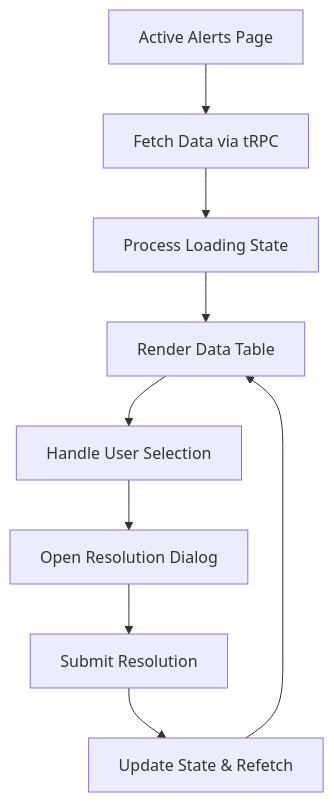
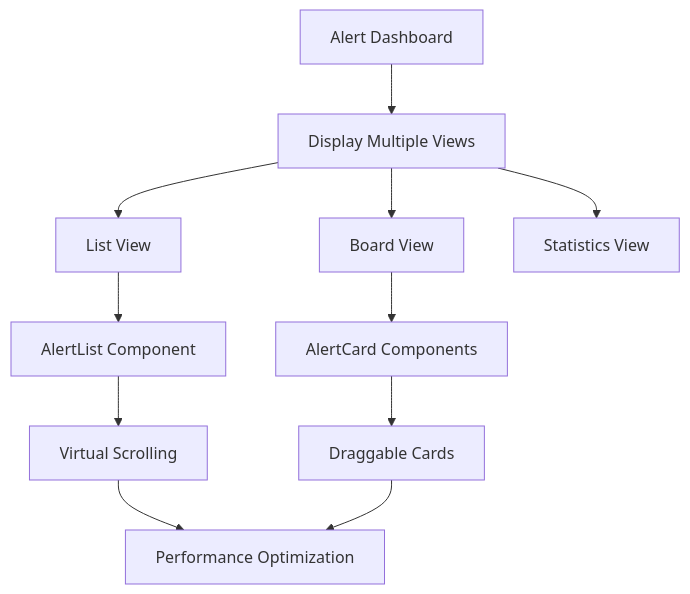
Before and after one commit to smedrec/smart-logs: the first of 2 diagrams in .qoder/repowiki/en/content/Web Application/Alert Management/Active Alerts Management.md, drawn with Mermaid. The commit also changed other lines of this file and 24 other files, not shown here.

````diff
--- a/.qoder/repowiki/en/content/Web Application/Alert Management/Active Alerts Management.md
+++ b/.qoder/repowiki/en/content/Web Application/Alert Management/Active Alerts Management.md
@@ -56,11 +63,13 @@
 ```mermaid
 flowchart TD
-A["Active Alerts Page"] --> B["Fetch Data via tRPC"]
-B --> C["Process Loading State"]
-C --> D["Render Data Table"]
-D --> E["Handle User Selection"]
-E --> F["Open Resolution Dialog"]
-F --> G["Submit Resolution"]
-G --> H["Update State & Refetch"]
-H --> D
+A["Alert Dashboard"] --> B["Display Multiple Views"]
+B --> C["List View"]
+B --> D["Board View"]
+B --> E["Statistics View"]
+C --> F["AlertList Component"]
+D --> G["AlertCard Components"]
+F --> H["Virtual Scrolling"]
+G --> I["Draggable Cards"]
+H --> J["Performance Optimization"]
+I --> J
 ```
````
